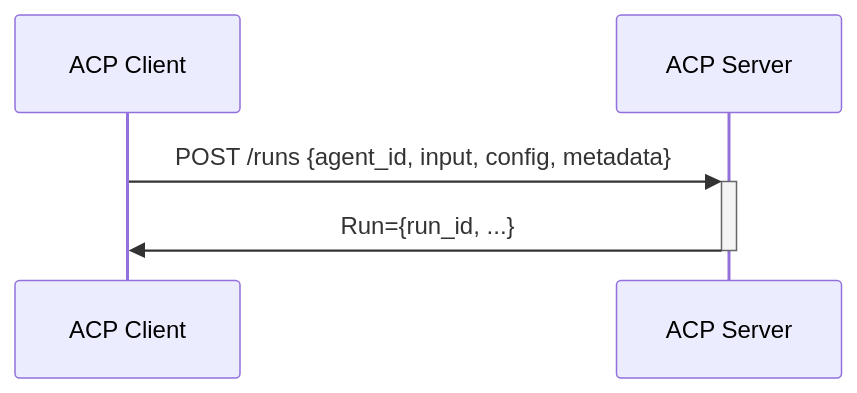
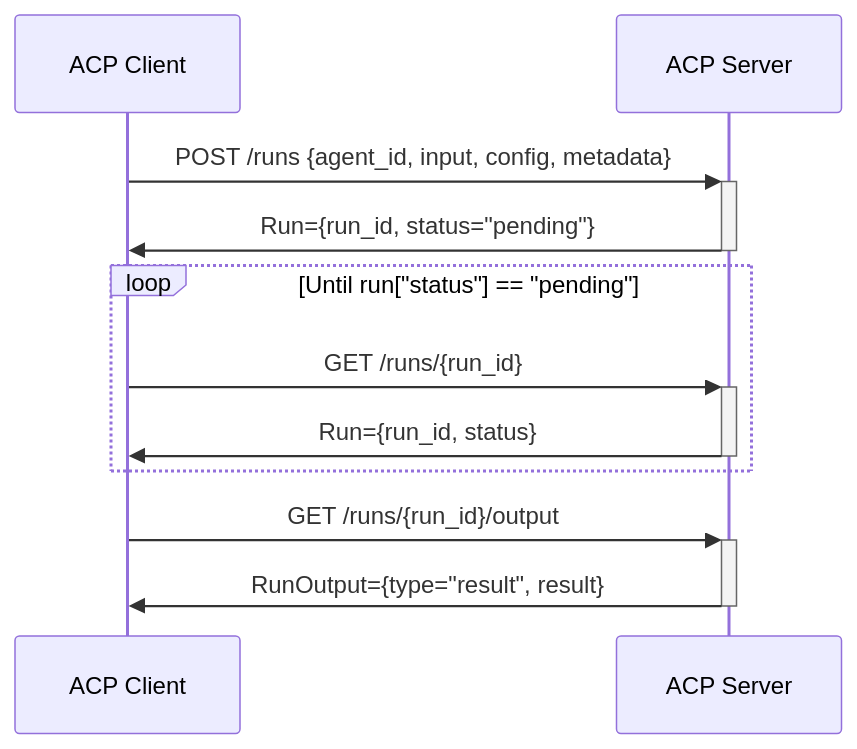
The fourth of 4 diagrams in docs/README.md (agntcy/acp-spec), drawn with Mermaid before and after one commit. The commit also changed other lines of this file, not shown here.

Commit message:
docs: more on run

````diff
--- a/docs/README.md
+++ b/docs/README.md
@@ -56,7 +61,13 @@
 ```mermaid
 sequenceDiagram
     participant C as ACP Client
     participant S as ACP Server
     C->>+S: POST /runs {agent_id, input, config, metadata}
-    S->>-C: Run={run_id, ...}
+    S->>-C: Run={run_id, status="pending"}
+    loop Until run["status"] == "pending"
+    C->>+S: GET /runs/{run_id}
+    S->>-C: Run={run_id, status}
+    end
+    C->>+S: GET /runs/{run_id}/output
+    S->>-C: RunOutput={type="result", result}
 ```
````
